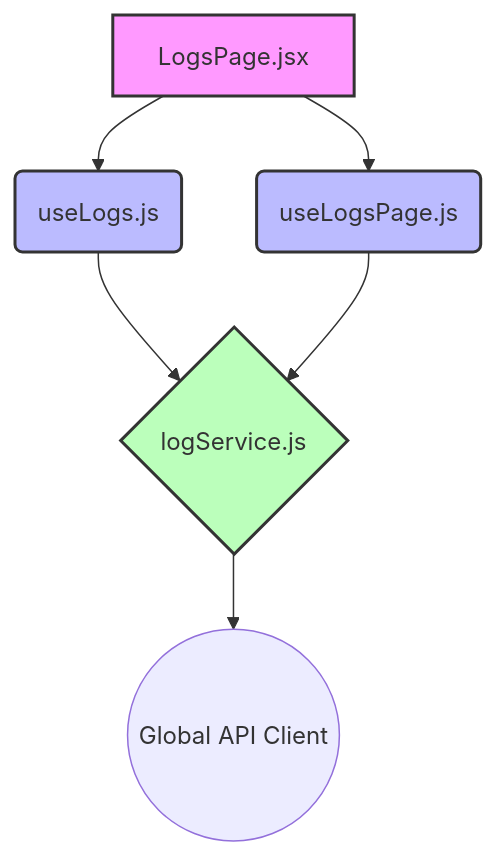
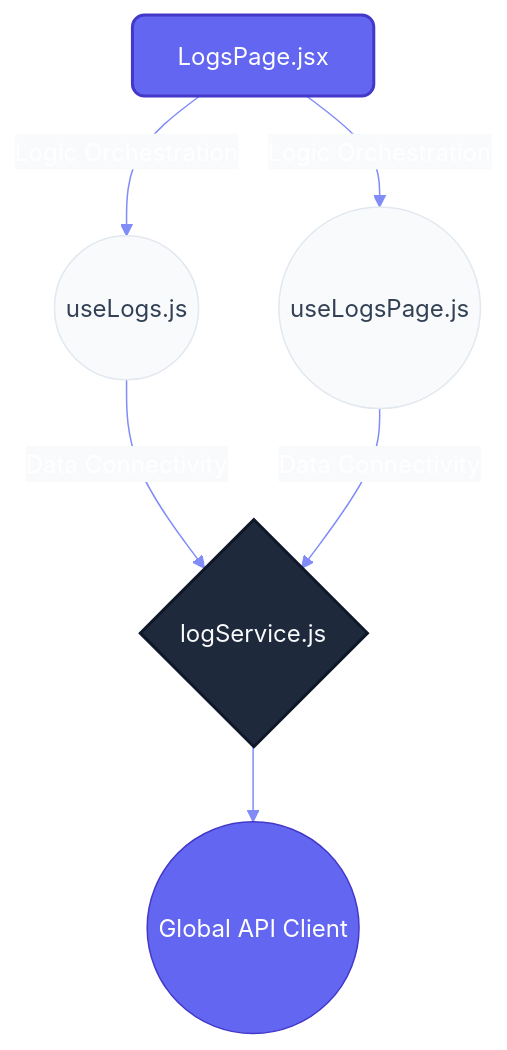
The second of 2 diagrams in src/features/logs/README.md (nexowebai/nexo-superadmin), drawn with Mermaid before and after one commit. The commit also changed other lines of this file and 16 other files, not shown here.

````diff
--- a/src/features/logs/README.md
+++ b/src/features/logs/README.md
@@ -30,16 +36,17 @@
 ```mermaid
+%%{init: {'theme': 'base', 'themeVariables': { 'primaryColor': '#6366f1', 'primaryTextColor': '#fff', 'primaryBorderColor': '#4338ca', 'lineColor': '#818cf8', 'secondaryColor': '#f8fafc', 'tertiaryColor': '#e2e8f0'}}}%%
 graph TD
-    classDef page fill:#f9f,stroke:#333,stroke-width:2px;
-    classDef hook fill:#bbf,stroke:#333,stroke-width:2px;
-    classDef service fill:#bfb,stroke:#333,stroke-width:2px;
+    classDef page fill:#6366f1,stroke:#4338ca,stroke-width:2px,color:#fff,rx:8,ry:8;
+    classDef hook fill:#f8fafc,stroke:#e2e8f0,stroke-width:1px,color:#334155,rx:20,ry:20;
+    classDef service fill:#1e293b,stroke:#0f172a,stroke-width:2px,color:#f8fafc,rx:4,ry:4;
 
     LogsPage[LogsPage.jsx]:::page
-    LogsPage --> useLogs
-    LogsPage --> useLogsPage
-    useLogs(useLogs.js):::hook
-    useLogs --> logService
-    useLogsPage(useLogsPage.js):::hook
-    useLogsPage --> logService
+    LogsPage --"Logic Orchestration"--> useLogs
+    LogsPage --"Logic Orchestration"--> useLogsPage
+    useLogs((useLogs.js)):::hook
+    useLogs --"Data Connectivity"--> logService
+    useLogsPage((useLogsPage.js)):::hook
+    useLogsPage --"Data Connectivity"--> logService
     logService{logService.js}:::service
-    logService --> API_Client((Global API Client))
+    logService --> API_CORE((Global API Client))
 ```
````
